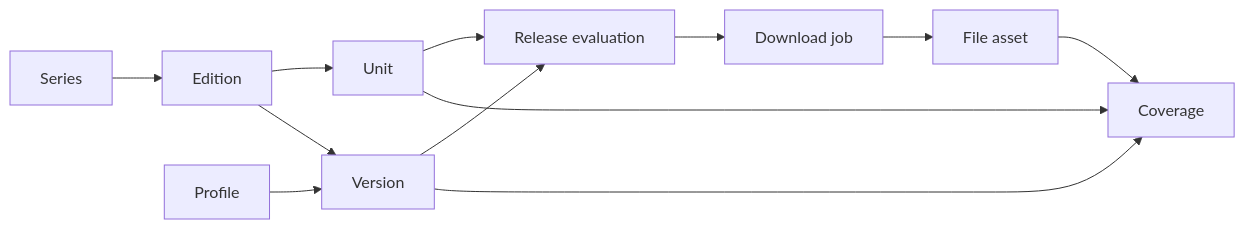
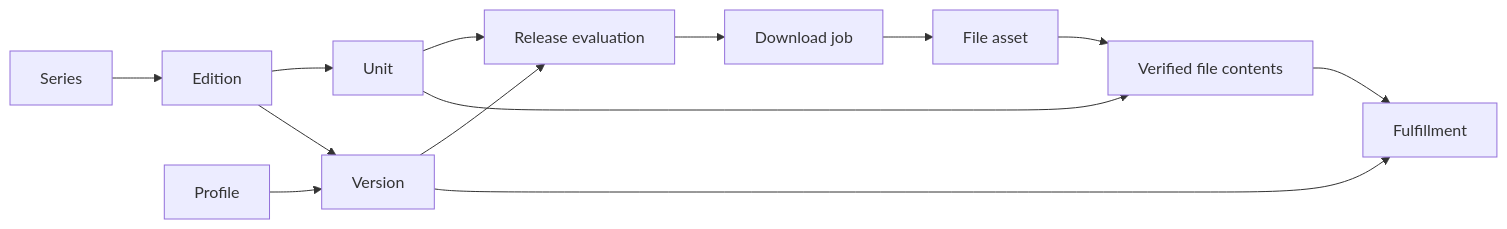
The diagram in docs/domain/collections.md (h-wb/sento), drawn with Mermaid before and after one commit. The commit also changed other lines of this file and 49 other files, not shown here.

````diff
--- a/docs/domain/collections.md
+++ b/docs/domain/collections.md
@@ -16,14 +17,15 @@
 ```mermaid
 flowchart LR
   Series --> Edition
   Edition --> Unit
   Edition --> Version
   Profile --> Version
   Release[Release evaluation] --> Job[Download job]
   Version --> Release
   Unit --> Release
   Job --> Asset[File asset]
-  Asset --> Coverage
-  Unit --> Coverage
-  Version --> Coverage
+  Asset --> Contents[Verified file contents]
+  Unit --> Contents
+  Contents --> Fulfillment
+  Version --> Fulfillment
 ```
````
